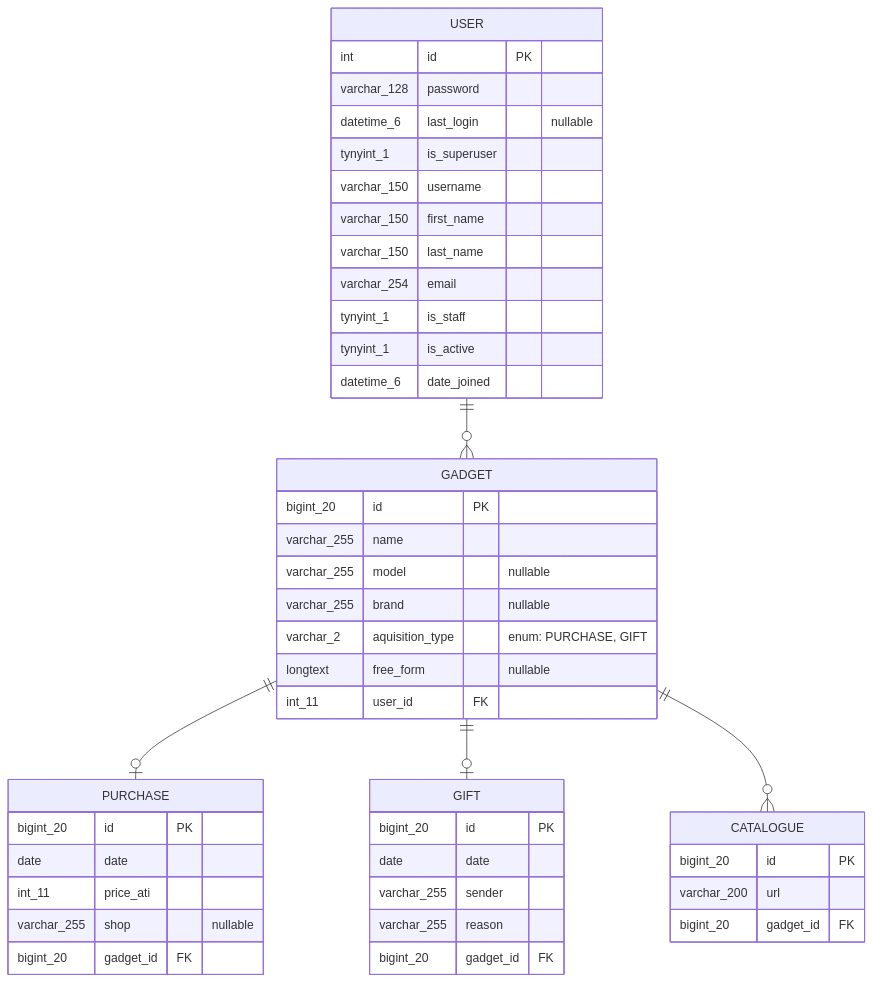
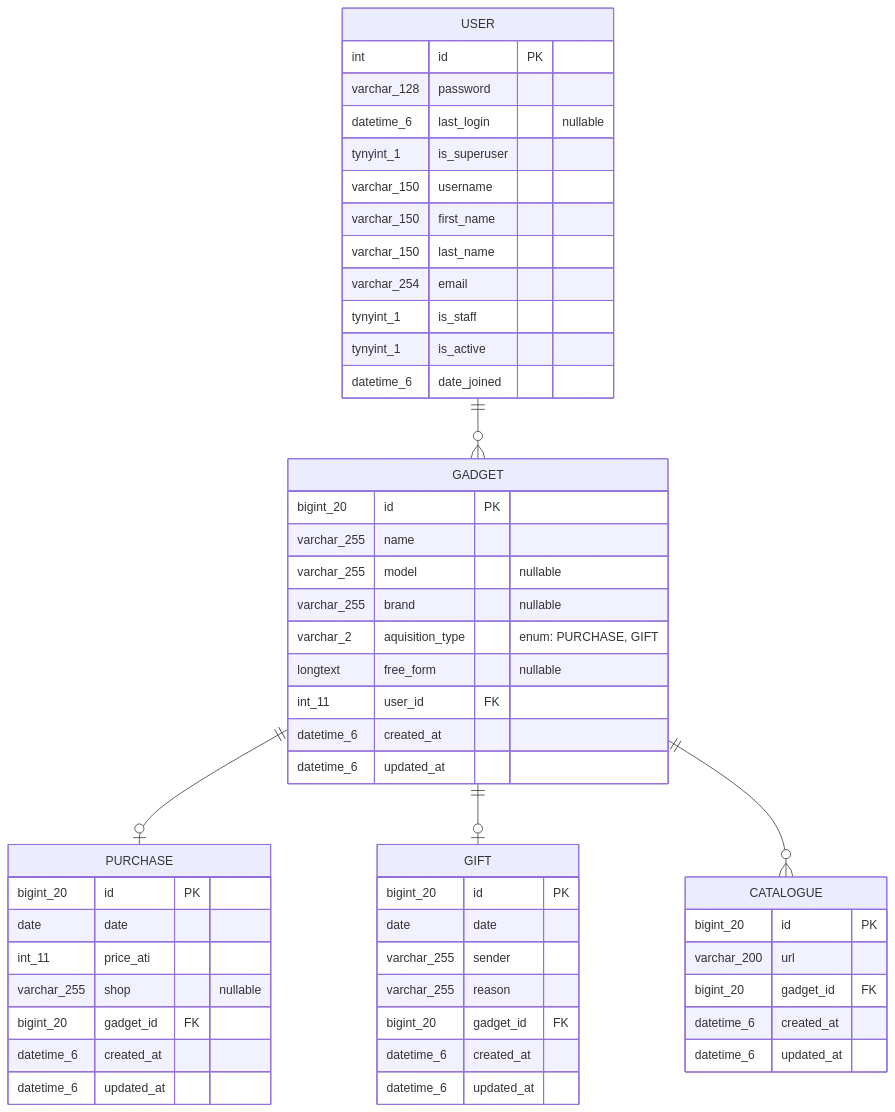
One commit to lynxlevin/gadget_collection changed the diagram in docs/er_diagram.md. Above: the diagram before and after it, drawn with Mermaid. The commit also changed 2 other files, not shown here.

Commit message:
add timestamps

````diff
--- a/docs/er_diagram.md
+++ b/docs/er_diagram.md
@@ -1,49 +1,57 @@
 ```mermaid
 erDiagram
     USER ||--o{ GADGET : ""
     USER {
         int id PK
         varchar_128 password
         datetime_6 last_login "nullable"
         tynyint_1 is_superuser
         varchar_150 username
         varchar_150 first_name
         varchar_150 last_name
         varchar_254 email
         tynyint_1 is_staff
         tynyint_1 is_active
         datetime_6 date_joined
     }
     GADGET ||--o| PURCHASE : ""
     GADGET ||--o| GIFT : ""
     GADGET ||--o{ CATALOGUE : ""
     GADGET {
         bigint_20 id PK
         varchar_255 name
         varchar_255 model "nullable"
         varchar_255 brand "nullable"
         varchar_2 aquisition_type "enum: PURCHASE, GIFT"
         longtext free_form "nullable"
         int_11 user_id FK
+        datetime_6 created_at
+        datetime_6 updated_at
     }
     PURCHASE {
         bigint_20 id PK
         date date
         int_11 price_ati
         varchar_255 shop "nullable"
         bigint_20 gadget_id FK
+        datetime_6 created_at
+        datetime_6 updated_at
     }
     GIFT {
         bigint_20 id PK
         date date
         varchar_255 sender
         varchar_255 reason
         bigint_20 gadget_id FK
+        datetime_6 created_at
+        datetime_6 updated_at
     }
     CATALOGUE {
         bigint_20 id PK
         varchar_200 url
         bigint_20 gadget_id FK
+        datetime_6 created_at
+        datetime_6 updated_at
     }
 
 ```
````
